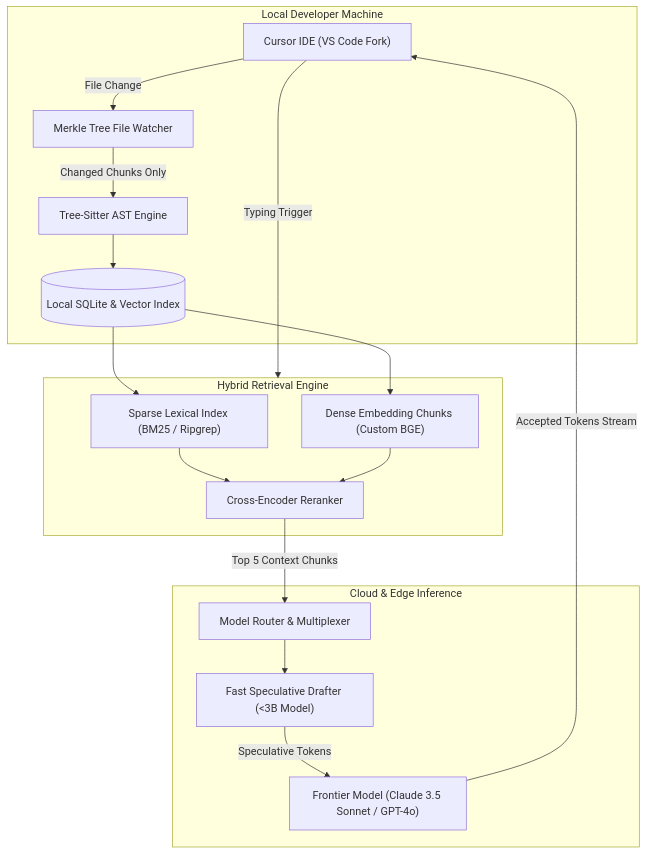
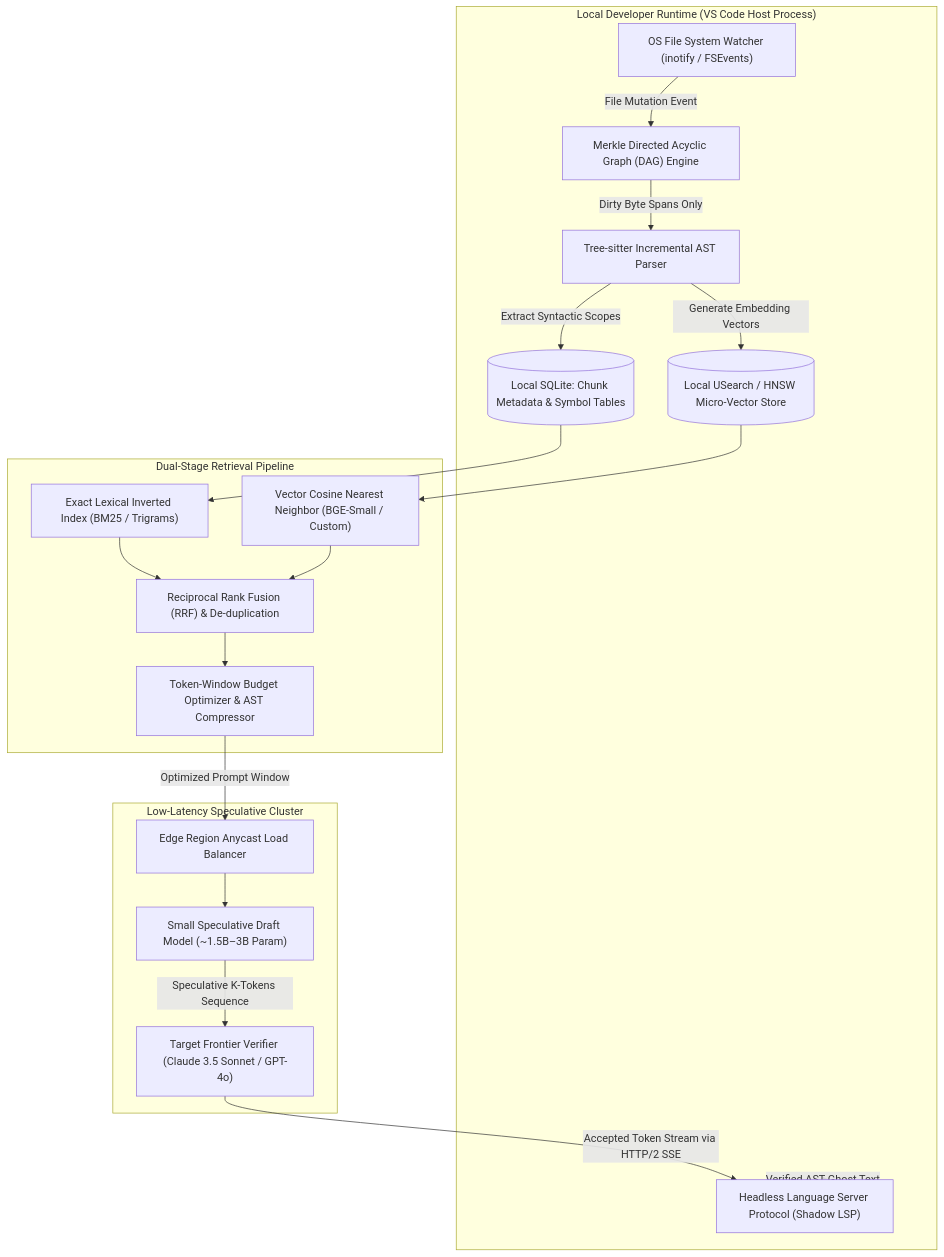
The first of 2 diagrams in ai-architectures/cursor-codebase-indexing.md (saurabh-vision/how-ai-companies-scale), drawn with Mermaid before and after one commit. The commit also changed other lines of this file and 8 other files, not shown here.

Commit message:
feat(deep-dive): elevate technical rigor with DeepSeek MLA math, Cursor Merkle specs, and production trade-offs

````diff
--- a/ai-architectures/cursor-codebase-indexing.md
+++ b/ai-architectures/cursor-codebase-indexing.md
@@ -16,34 +25,42 @@
 ```mermaid
 flowchart TD
-    subgraph Client["Local Developer Machine"]
-        Editor["Cursor IDE (VS Code Fork)"]
-        TreeSitter["Tree-Sitter AST Engine"]
-        Merkle["Merkle Tree File Watcher"]
-        LocalCache[("Local SQLite & Vector Index")]
+    subgraph ClientHost["Local Developer Runtime (VS Code Host Process)"]
+        FSWatcher["OS File System Watcher (inotify / FSEvents)"]
+        MerkleDAG["Merkle Directed Acyclic Graph (DAG) Engine"]
+        TreeSitterParser["Tree-sitter Incremental AST Parser"]
+        LocalMetaDB[("Local SQLite: Chunk Metadata & Symbol Tables")]
+        LocalVectorDB[("Local USearch / HNSW Micro-Vector Store")]
+        ShadowLSP["Headless Language Server Protocol (Shadow LSP)"]
     end
 
-    subgraph IndexingPipeline["Hybrid Retrieval Engine"]
-        Sparse["Sparse Lexical Index (BM25 / Ripgrep)"]
-        Dense["Dense Embedding Chunks (Custom BGE)"]
-        Reranker["Cross-Encoder Reranker"]
+    subgraph HybridEngine["Dual-Stage Retrieval Pipeline"]
+        BM25Worker["Exact Lexical Inverted Index (BM25 / Trigrams)"]
+        DenseWorker["Vector Cosine Nearest Neighbor (BGE-Small / Custom)"]
+        RRFEngine["Reciprocal Rank Fusion (RRF) & De-duplication"]
+        ContextPruner["Token-Window Budget Optimizer & AST Compressor"]
     end
 
-    subgraph ModelServing["Cloud & Edge Inference"]
-        Router["Model Router & Multiplexer"]
-        DraftModel["Fast Speculative Drafter (<3B Model)"]
-        Verifier["Frontier Model (Claude 3.5 Sonnet / GPT-4o)"]
+    subgraph InferenceEdge["Low-Latency Speculative Cluster"]
+        EdgeRouter["Edge Region Anycast Load Balancer"]
+        DraftModel["Small Speculative Draft Model (~1.5B–3B Param)"]
+        FrontierModel["Target Frontier Verifier (Claude 3.5 Sonnet / GPT-4o)"]
     end
 
-    Editor -->|File Change| Merkle
-    Merkle -->|Changed Chunks Only| TreeSitter
-    TreeSitter --> LocalCache
-    Editor -->|Typing Trigger| IndexingPipeline
-    LocalCache --> Sparse
-    LocalCache --> Dense
-    Sparse --> Reranker
-    Dense --> Reranker
-    Reranker -->|Top 5 Context Chunks| Router
-    Router --> DraftModel
-    DraftModel -->|Speculative Tokens| Verifier
-    Verifier -->|Accepted Tokens Stream| Editor
+    FSWatcher -->|File Mutation Event| MerkleDAG
+    MerkleDAG -->|Dirty Byte Spans Only| TreeSitterParser
+    TreeSitterParser -->|Extract Syntactic Scopes| LocalMetaDB
+    TreeSitterParser -->|Generate Embedding Vectors| LocalVectorDB
+
+    LocalMetaDB --> BM25Worker
+    LocalVectorDB --> DenseWorker
+
+    BM25Worker --> RRFEngine
+    DenseWorker --> RRFEngine
+    RRFEngine --> ContextPruner
+
+    ContextPruner -->|Optimized Prompt Window| EdgeRouter
+    EdgeRouter --> DraftModel
+    DraftModel -->|Speculative K-Tokens Sequence| FrontierModel
+    FrontierModel -->|Accepted Token Stream via HTTP/2 SSE| ShadowLSP
+    ShadowLSP -->|Verified AST Ghost Text| ClientHost
 ```
````
